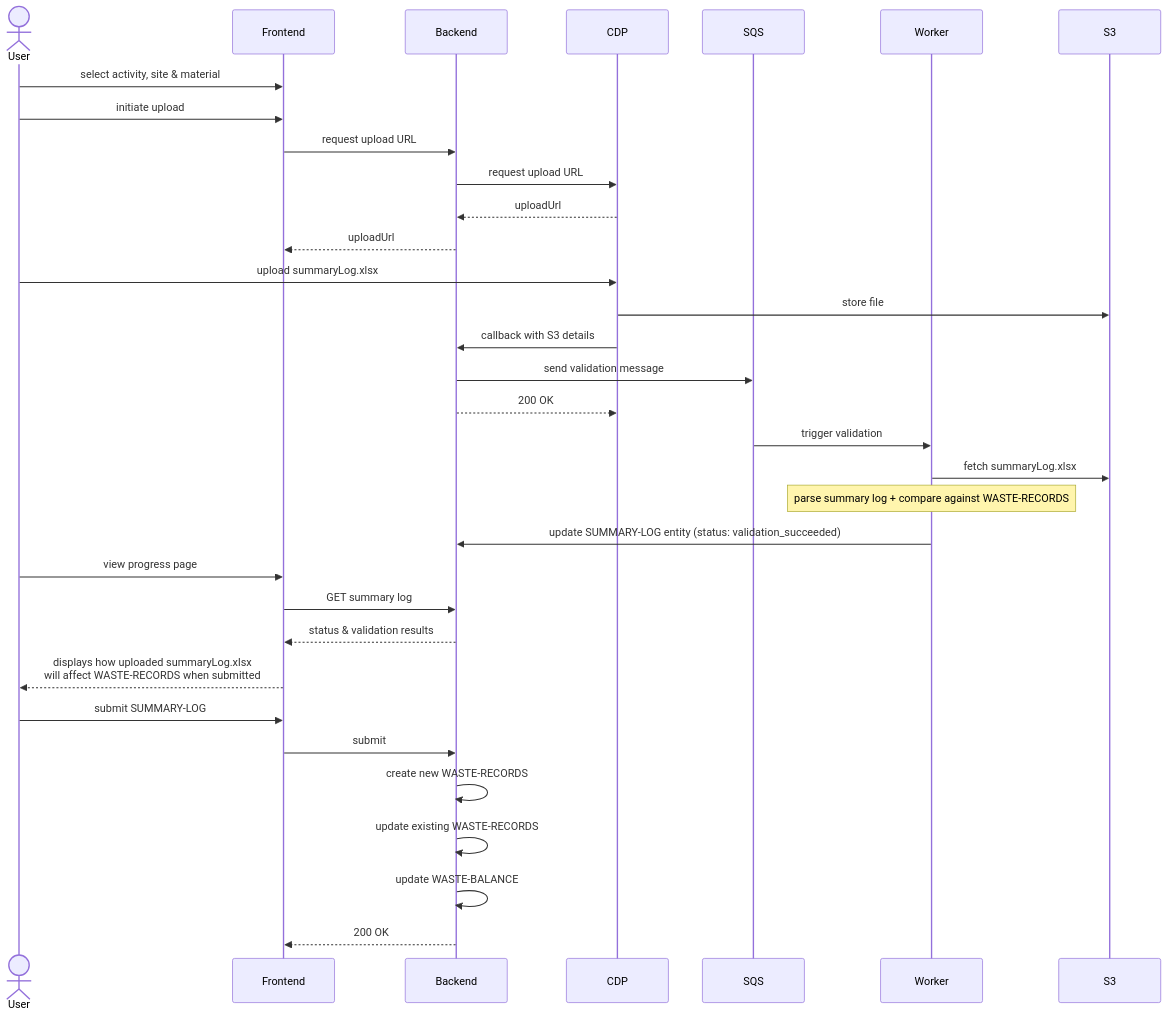
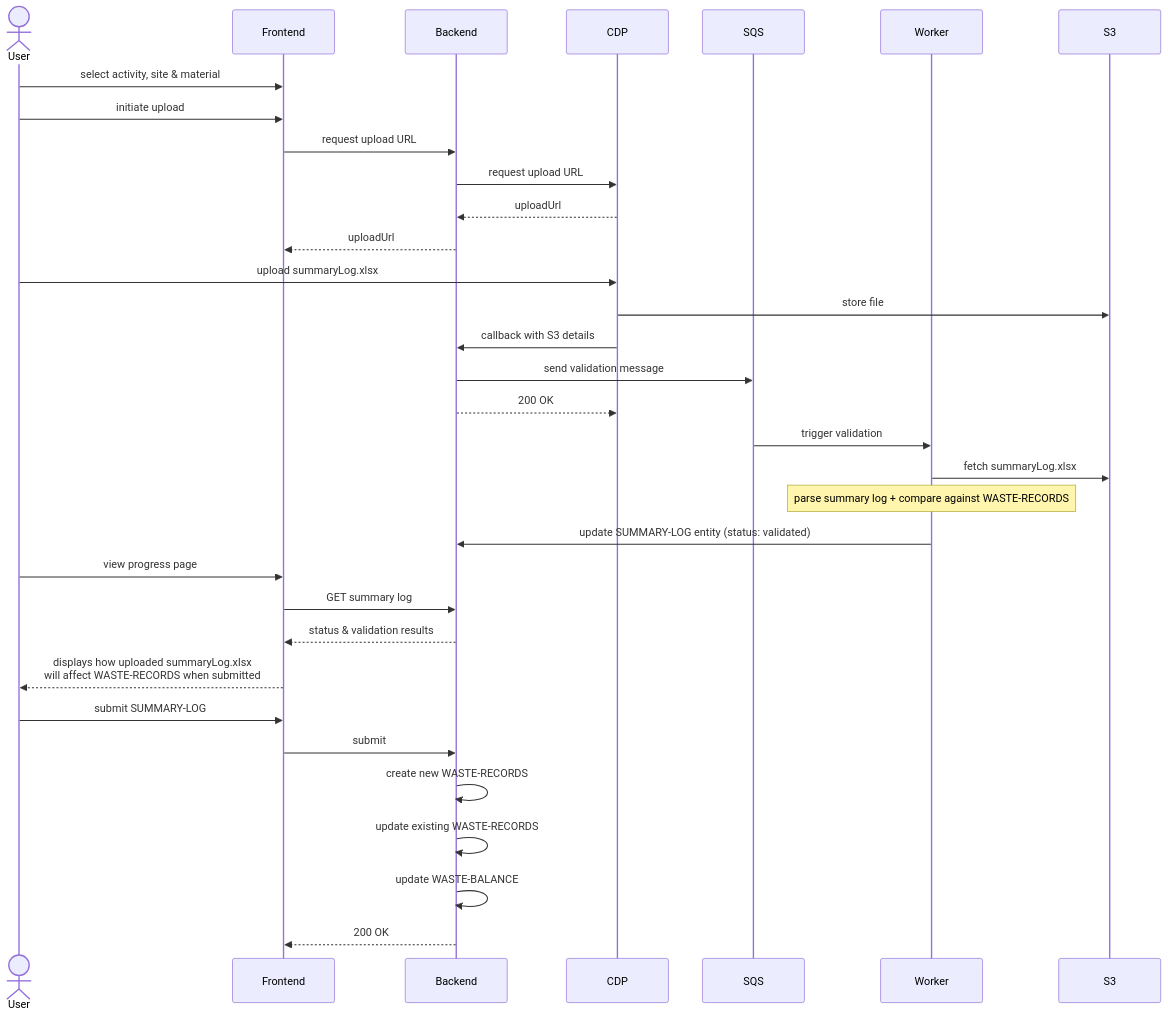
Before and after one commit to DEFRA/epr-backend: the tenth of 10 diagrams in docs/architecture/discovery/pepr-hld.md, drawn with Mermaid. The commit also changed other lines of this file and 1 other file, not shown here.

First line of the commit message:
Improve summary log state naming and add state diagram

````diff
--- a/docs/architecture/discovery/pepr-hld.md
+++ b/docs/architecture/discovery/pepr-hld.md
@@ -438,36 +455,36 @@
 ```mermaid
 sequenceDiagram
     actor User
     participant Frontend
     participant Backend
     participant CDP
     participant SQS
     participant Worker
     participant S3
 
     User->>Frontend: select activity, site & material
     User->>Frontend: initiate upload
     Frontend->>Backend: request upload URL
     Backend->>CDP: request upload URL
     CDP-->>Backend: uploadUrl
     Backend-->>Frontend: uploadUrl
     User->>CDP: upload summaryLog.xlsx
     CDP->>S3: store file
     CDP->>Backend: callback with S3 details
     Backend->>SQS: send validation message
     Backend-->>CDP: 200 OK
     SQS->>Worker: trigger validation
     Worker->>S3: fetch summaryLog.xlsx
     Note over Worker: parse summary log + compare against WASTE-RECORDS
-    Worker->>Backend: update SUMMARY-LOG entity (status: validation_succeeded)
+    Worker->>Backend: update SUMMARY-LOG entity (status: validated)
     User->>Frontend: view progress page
     Frontend->>Backend: GET summary log
     Backend-->>Frontend: status & validation results
     Frontend-->>User: displays how uploaded summaryLog.xlsx<br> will affect WASTE-RECORDS when submitted
     User->>Frontend: submit SUMMARY-LOG
     Frontend->>Backend: submit
     Backend->>Backend: create new WASTE-RECORDS
     Backend->>Backend: update existing WASTE-RECORDS
     Backend->>Backend: update WASTE-BALANCE
     Backend-->>Frontend: 200 OK
 ```
````
